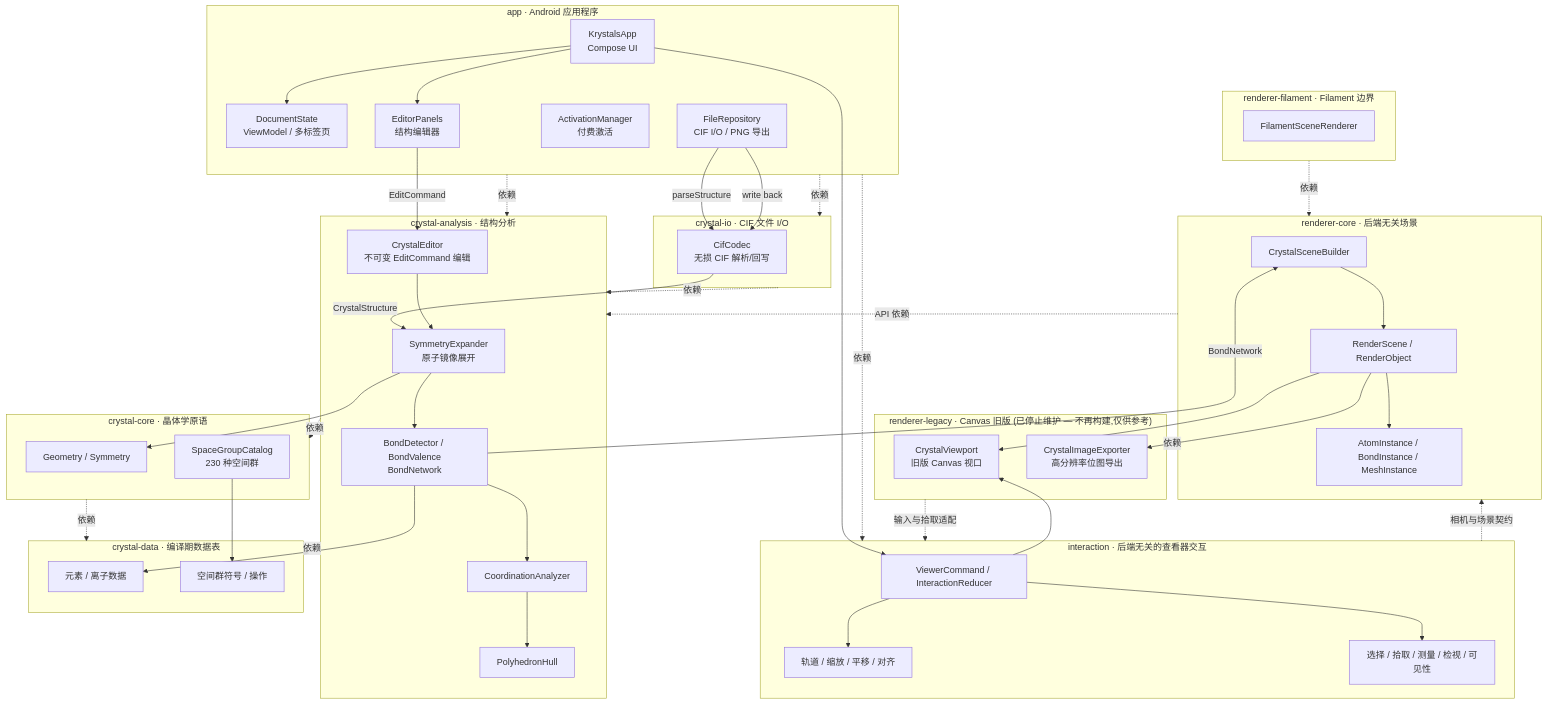
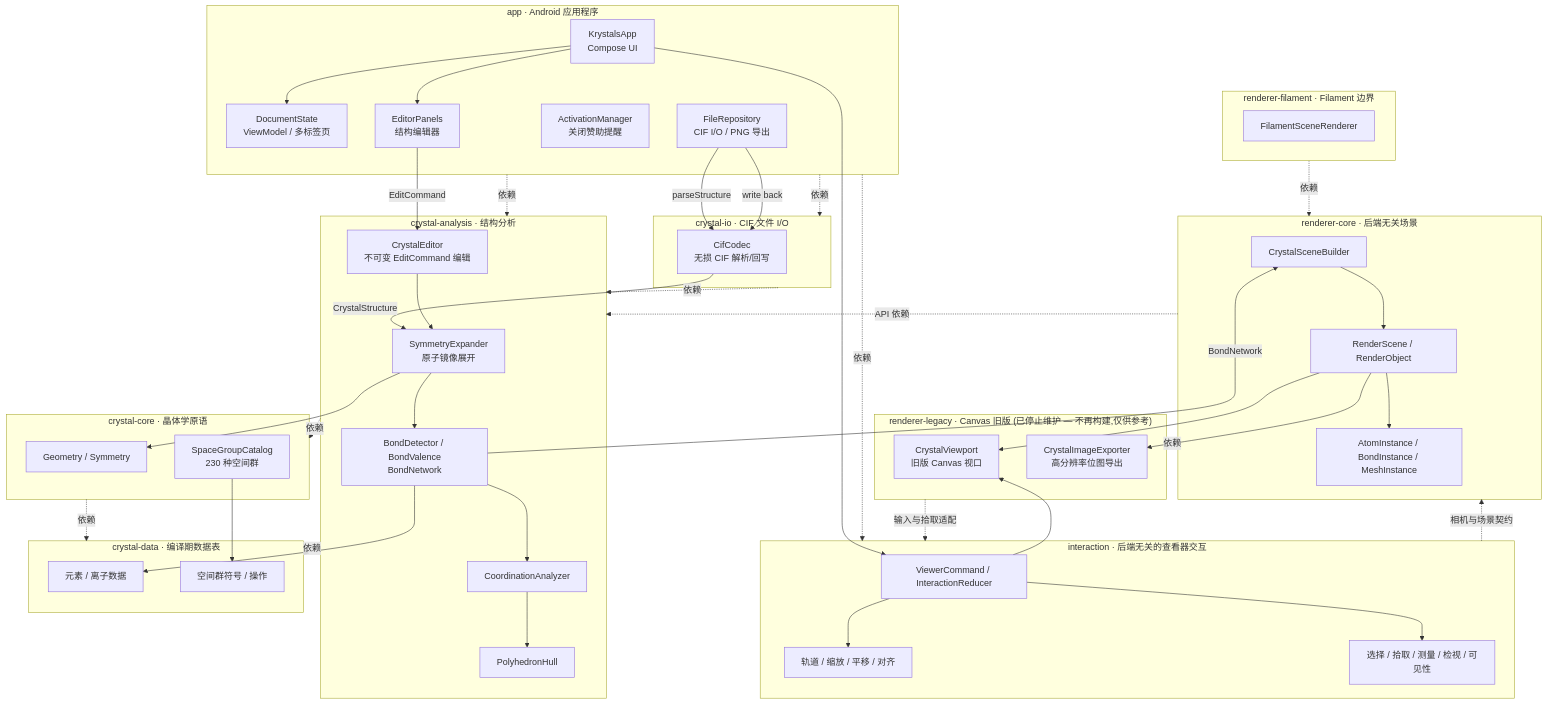
One commit to SUPERkelesss/Krystals changed the diagram in README_cn.md. Above: the diagram before and after it, drawn with Mermaid. The commit also changed other lines of this file and 5 other files, not shown here.

````diff
--- a/README_cn.md
+++ b/README_cn.md
@@ -55,81 +55,81 @@
 ```mermaid
 flowchart TB
     subgraph app["app · Android 应用程序"]
         UI["KrystalsApp<br/>Compose UI"]
         VM["DocumentState<br/>ViewModel / 多标签页"]
         Edit["EditorPanels<br/>结构编辑器"]
         Repo["FileRepository<br/>CIF I/O / PNG 导出"]
-        Act["ActivationManager<br/>付费激活"]
+        Act["ActivationManager<br/>关闭赞助提醒"]
     end
     subgraph interaction["interaction · 后端无关的查看器交互"]
         Commands["ViewerCommand / InteractionReducer"]
         CameraControl["轨道 / 缩放 / 平移 / 对齐"]
         ViewerTools["选择 / 拾取 / 测量 / 检视 / 可见性"]
     end
     subgraph rendererCore["renderer-core · 后端无关场景"]
         Builder["CrystalSceneBuilder"]
         Scene["RenderScene / RenderObject"]
         Primitive["AtomInstance / BondInstance / MeshInstance"]
     end
     subgraph rendererLegacy["renderer-legacy · Canvas 旧版 (已停止维护 — 不再构建,仅供参考)"]
         VP["CrystalViewport<br/>旧版 Canvas 视口"]
         Exp["CrystalImageExporter<br/>高分辨率位图导出"]
     end
     subgraph rendererFilament["renderer-filament · Filament 边界"]
         Filament["FilamentSceneRenderer"]
     end
     subgraph io["crystal-io · CIF 文件 I/O"]
         Codec["CifCodec<br/>无损 CIF 解析/回写"]
     end
     subgraph analysis["crystal-analysis · 结构分析"]
         Symmetry["SymmetryExpander<br/>原子镜像展开"]
         Bonds["BondDetector / BondValence<br/>BondNetwork"]
         Coordination["CoordinationAnalyzer"]
         Hull["PolyhedronHull"]
         Editor["CrystalEditor<br/>不可变 EditCommand 编辑"]
     end
     subgraph core["crystal-core · 晶体学原语"]
         Geometry["Geometry / Symmetry"]
         SG["SpaceGroupCatalog<br/>230 种空间群"]
     end
     subgraph data["crystal-data · 编译期数据表"]
         Elements["元素 / 离子数据"]
         SpaceGroups["空间群符号 / 操作"]
     end
 
     UI --> Commands
     Commands --> CameraControl
     Commands --> ViewerTools
     Commands --> VP
     UI --> Edit
     UI --> VM
     Repo -->|"parseStructure"| Codec
     Codec -->|"CrystalStructure"| Symmetry
     Edit -->|"EditCommand"| Editor
     Editor --> Symmetry
     Symmetry --> Bonds
     Bonds -->|"BondNetwork"| Builder
     Builder --> Scene
     Scene --> Primitive
     Scene --> VP
     Scene --> Exp
     Bonds --> Coordination
     Coordination --> Hull
     Repo -->|"write back"| Codec
     Symmetry --> Geometry
     SG --> SpaceGroups
     Bonds --> Elements
 
     app -.->|依赖| interaction
     app -.->|依赖| analysis
     app -.->|依赖| io
     rendererCore -.->|API 依赖| analysis
     rendererLegacy -.->|依赖| rendererCore
     rendererLegacy -.->|输入与拾取适配| interaction
     interaction -.->|相机与场景契约| rendererCore
     rendererFilament -.->|依赖| rendererCore
     io -.->|依赖| analysis
     analysis -.->|依赖| core
     analysis -.->|依赖| data
     core -.->|依赖| data
 ```
````
